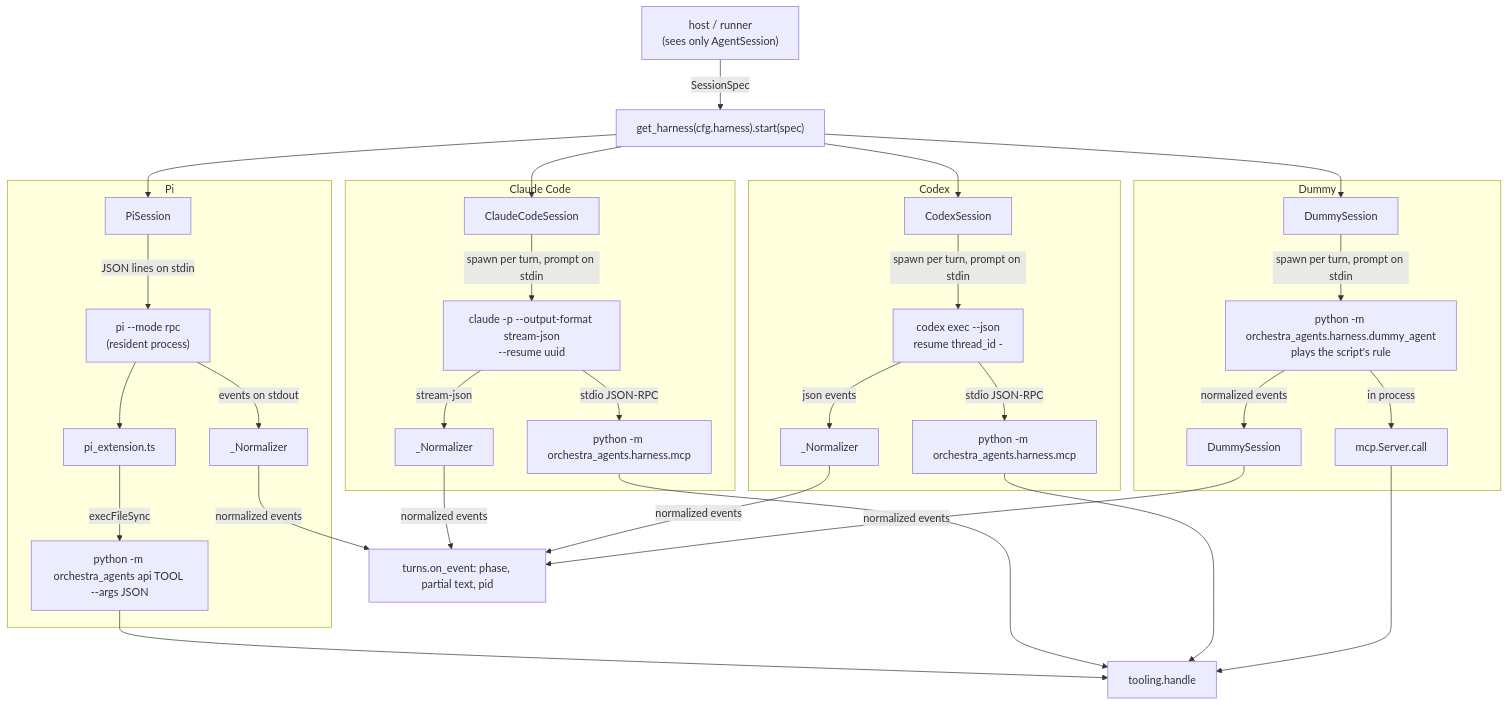
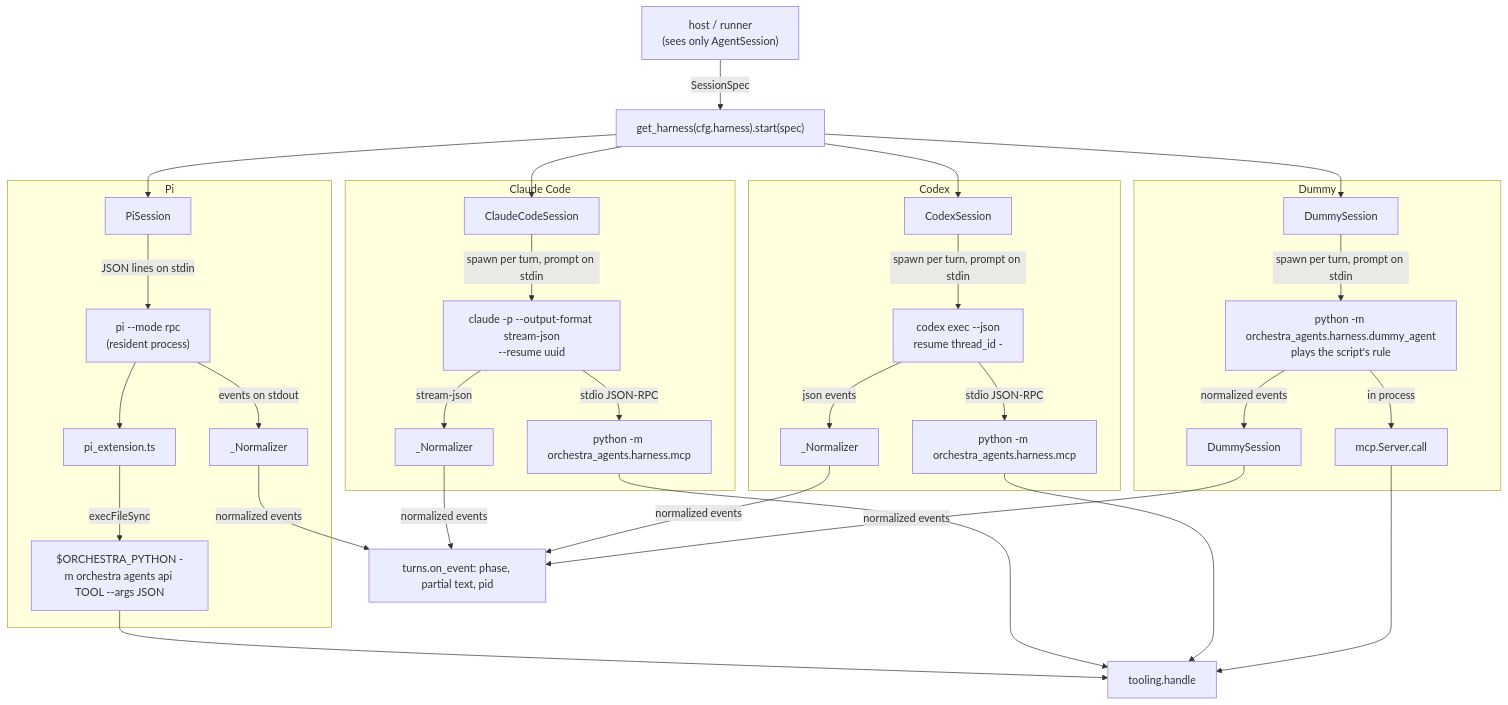
One commit to danroblewis/orchestra-agents changed the third of 5 diagrams in ARCHITECTURE.md. Above: the diagram before and after it, drawn with Mermaid. The commit also changed other lines of this file and 30 other files, not shown here.

````diff
--- a/ARCHITECTURE.md
+++ b/ARCHITECTURE.md
@@ -440,36 +440,36 @@
 ```mermaid
 flowchart TB
   HOST["host / runner<br/>(sees only AgentSession)"] -->|SessionSpec| START["get_harness(cfg.harness).start(spec)"]
 
   subgraph PI["Pi"]
     PIS[PiSession] -->|JSON lines on stdin| PIP["pi --mode rpc<br/>(resident process)"]
     PIP -->|events on stdout| PIN[_Normalizer]
     PIP --> EXT[pi_extension.ts]
-    EXT -->|execFileSync| APICLI["python -m orchestra_agents api TOOL --args JSON"]
+    EXT -->|execFileSync| APICLI["$ORCHESTRA_PYTHON -m orchestra agents api TOOL --args JSON"]
   end
 
   subgraph CC["Claude Code"]
     CCS[ClaudeCodeSession] -->|spawn per turn, prompt on stdin| CCP["claude -p --output-format stream-json<br/>--resume uuid"]
     CCP -->|stream-json| CCN[_Normalizer]
     CCP -->|stdio JSON-RPC| MCP1["python -m orchestra_agents.harness.mcp"]
   end
 
   subgraph CX["Codex"]
     CXS[CodexSession] -->|spawn per turn, prompt on stdin| CXP["codex exec --json<br/>resume thread_id -"]
     CXP -->|json events| CXN[_Normalizer]
     CXP -->|stdio JSON-RPC| MCP2["python -m orchestra_agents.harness.mcp"]
   end
 
   subgraph DU["Dummy"]
     DUS[DummySession] -->|spawn per turn, prompt on stdin| DUP["python -m orchestra_agents.harness.dummy_agent<br/>plays the script's rule"]
     DUP -->|normalized events| DUN[DummySession]
     DUP -->|in process| MCP3["mcp.Server.call"]
   end
 
   START --> PIS & CCS & CXS & DUS
   PIN & CCN & CXN & DUN -->|normalized events| ONEV["turns.on_event: phase, partial text, pid"]
   APICLI --> HANDLE["tooling.handle"]
   MCP1 --> HANDLE
   MCP2 --> HANDLE
   MCP3 --> HANDLE
 ```
````
